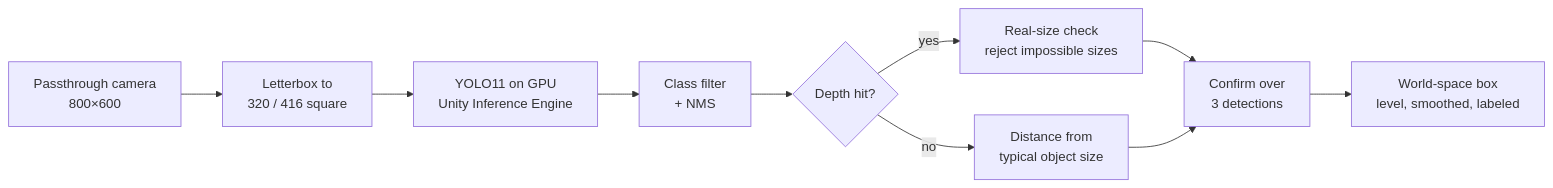
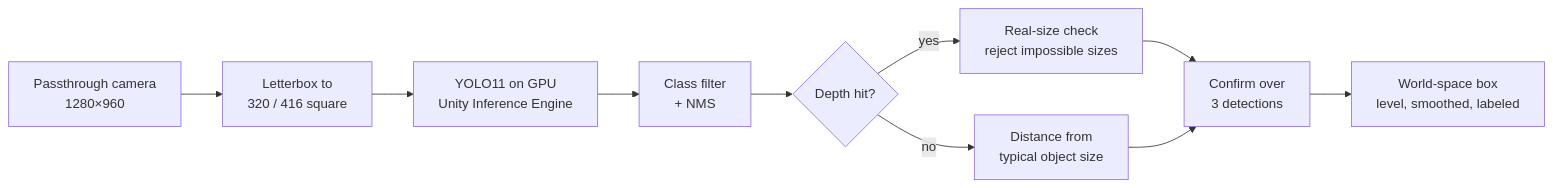
One commit to Skerpsh/New-Vision changed the diagram in README.md. Above: the diagram before and after it, drawn with Mermaid. The commit also changed other lines of this file and 19 other files, not shown here.

````diff
--- a/README.md
+++ b/README.md
@@ -30,12 +34,12 @@
 ```mermaid
 flowchart LR
-    A[Passthrough camera<br/>800×600] --> B[Letterbox to<br/>320 / 416 square]
+    A[Passthrough camera<br/>1280×960] --> B[Letterbox to<br/>320 / 416 square]
     B --> C[YOLO11 on GPU<br/>Unity Inference Engine]
     C --> D[Class filter<br/>+ NMS]
     D --> E{Depth hit?}
     E -- yes --> F[Real-size check<br/>reject impossible sizes]
     E -- no --> G[Distance from<br/>typical object size]
     F --> H[Confirm over<br/>3 detections]
     G --> H
     H --> I[World-space box<br/>level, smoothed, labeled]
 ```
````
